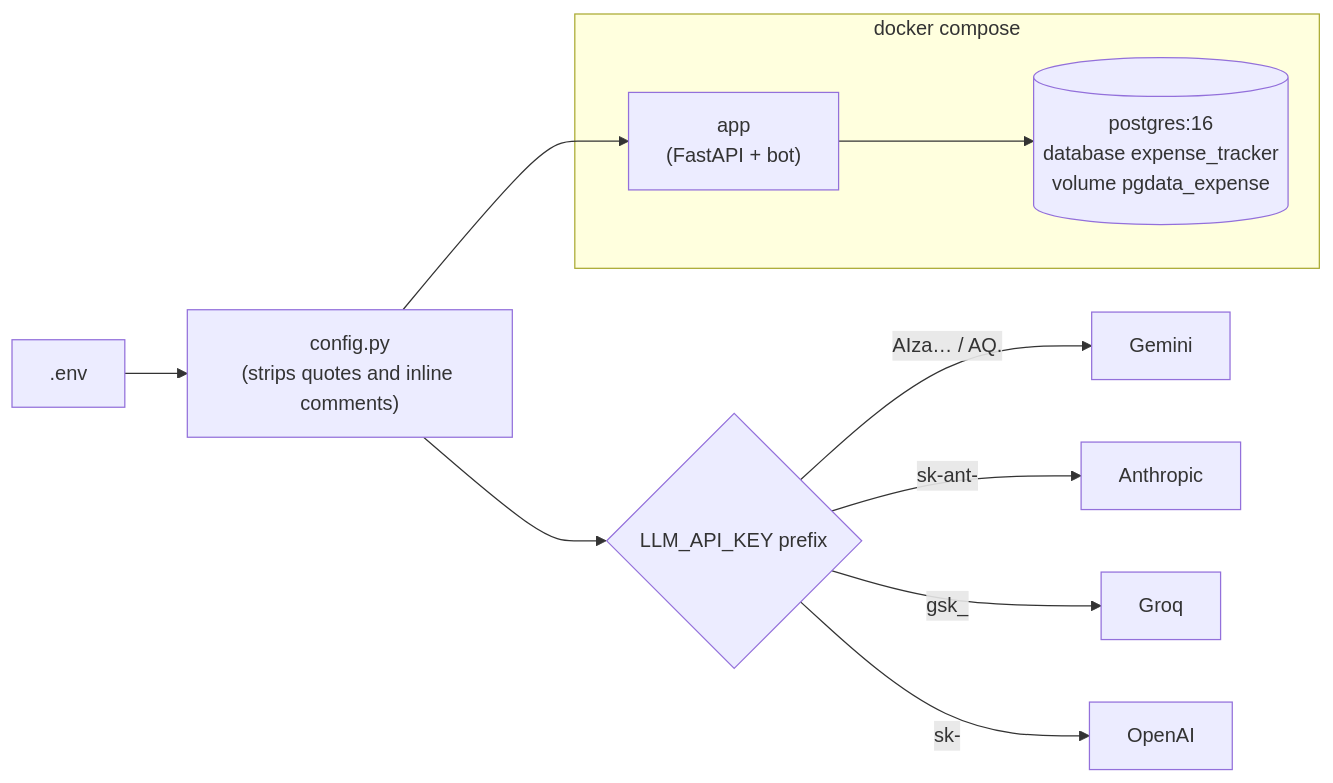
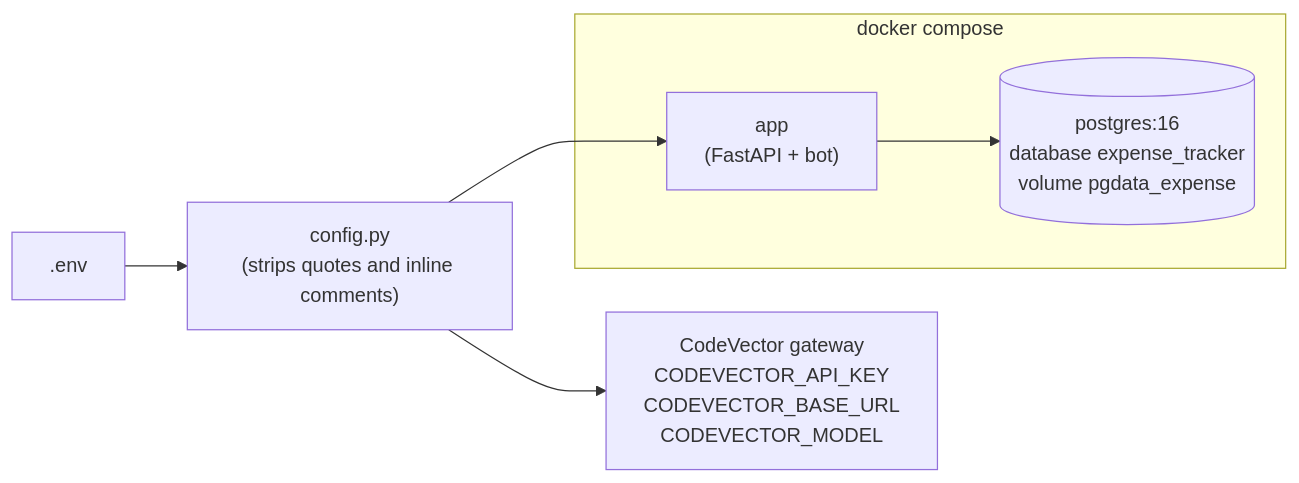
Before and after one commit to yeturu-surya-fission/Expense_Tracker: the fifth of 5 diagrams in docs/ARCHITECTURE.md, drawn with Mermaid. The commit also changed other lines of this file and 164 other files, not shown here.

````diff
--- a/docs/ARCHITECTURE.md
+++ b/docs/ARCHITECTURE.md
@@ -220,14 +220,10 @@
 ```mermaid
 flowchart LR
     ENV[".env"] --> CFG["config.py<br/>(strips quotes and inline comments)"]
-    CFG --> KEY{"LLM_API_KEY prefix"}
-    KEY -->|"AIza… / AQ."| G["Gemini"]
-    KEY -->|"sk-ant-"| AN["Anthropic"]
-    KEY -->|"gsk_"| GR["Groq"]
-    KEY -->|"sk-"| O["OpenAI"]
+    CFG --> CV["CodeVector gateway<br/>CODEVECTOR_API_KEY<br/>CODEVECTOR_BASE_URL<br/>CODEVECTOR_MODEL"]
 
     subgraph DC["docker compose"]
         W["app<br/>(FastAPI + bot)"] --> PG[("postgres:16<br/>database expense_tracker<br/>volume pgdata_expense")]
     end
     CFG --> W
 ```
````
